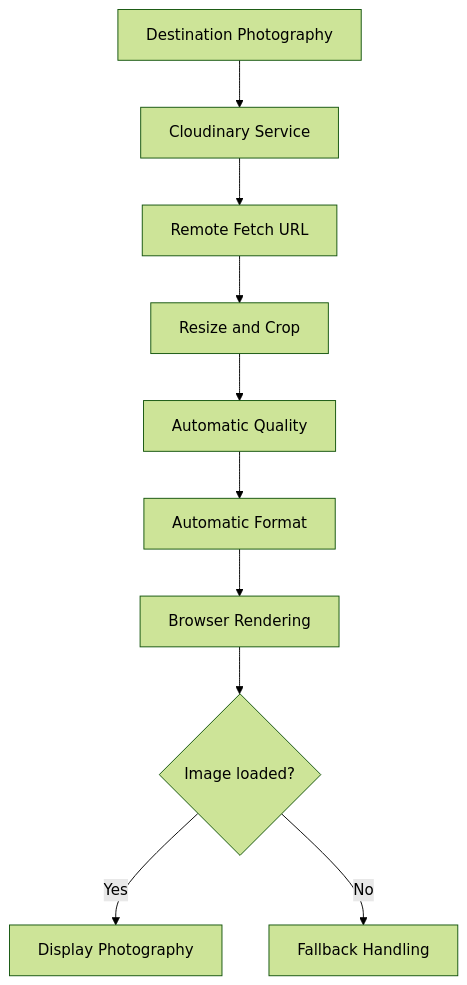
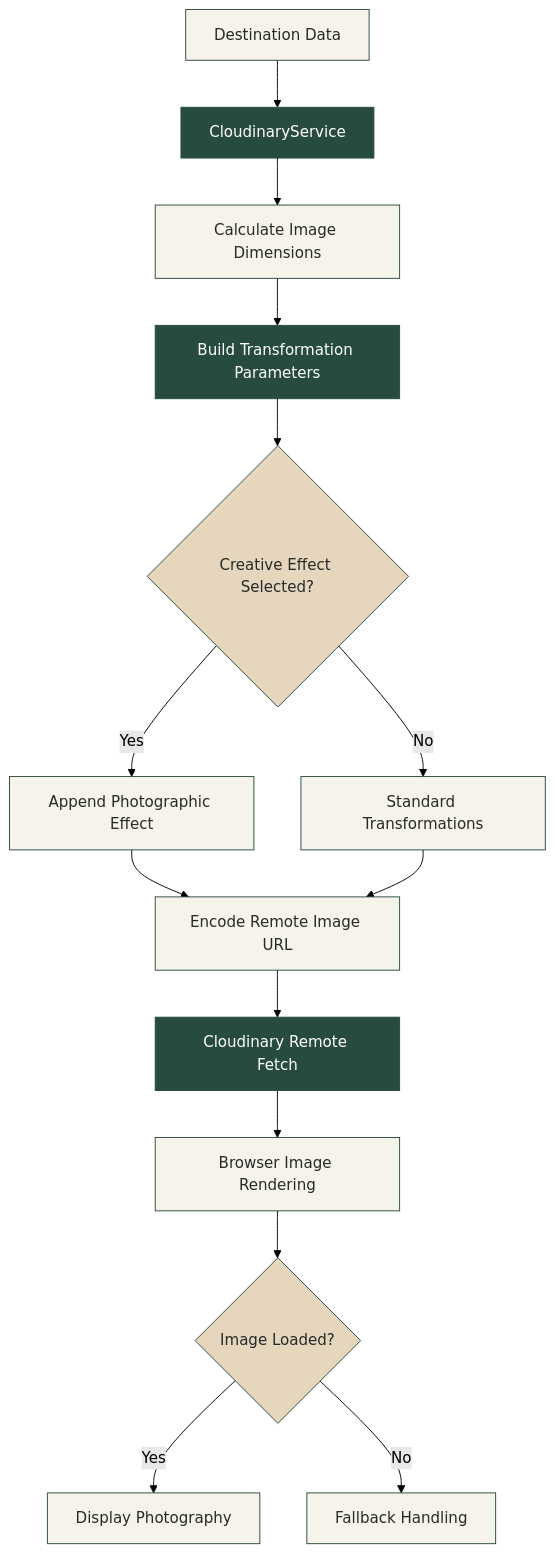
Before and after one commit to Ezequie1Sc/frontend: the second of 6 diagrams in README.md, drawn with Mermaid (forest theme). The commit also changed other lines of this file, not shown here.

Commit message:
docs: expand Cloudinary transformations and postcard engineering documentation

````diff
--- a/README.md
+++ b/README.md
@@ -309,12 +375,28 @@
 ```mermaid
 flowchart TD
-    A[Destination Photography] --> B[Cloudinary Service]
-    B --> C[Remote Fetch URL]
-    C --> D[Resize and Crop]
-    D --> E[Automatic Quality]
-    E --> F[Automatic Format]
-    F --> G[Browser Rendering]
-    G --> H{Image loaded?}
-    H -->|Yes| I[Display Photography]
-    H -->|No| J[Fallback Handling]
+    A["Destination Data"] --> B["CloudinaryService"]
+    B --> C["Calculate Image Dimensions"]
+    C --> D["Build Transformation Parameters"]
+    D --> E{"Creative Effect Selected?"}
+
+    E -->|Yes| F["Append Photographic Effect"]
+    E -->|No| G["Standard Transformations"]
+
+    F --> H["Encode Remote Image URL"]
+    G --> H
+
+    H --> I["Cloudinary Remote Fetch"]
+    I --> J["Browser Image Rendering"]
+
+    J --> K{"Image Loaded?"}
+    K -->|Yes| L["Display Photography"]
+    K -->|No| M["Fallback Handling"]
+
+    classDef primary fill:#284B40,color:#FFFFFF,stroke:#284B40
+    classDef secondary fill:#F6F3EB,color:#262B28,stroke:#284B40
+    classDef accent fill:#E6D6BD,color:#262B28,stroke:#284B40
+
+    class B,D,I primary
+    class E,K accent
+    class A,C,F,G,H,J,L,M secondary
 ```
````
